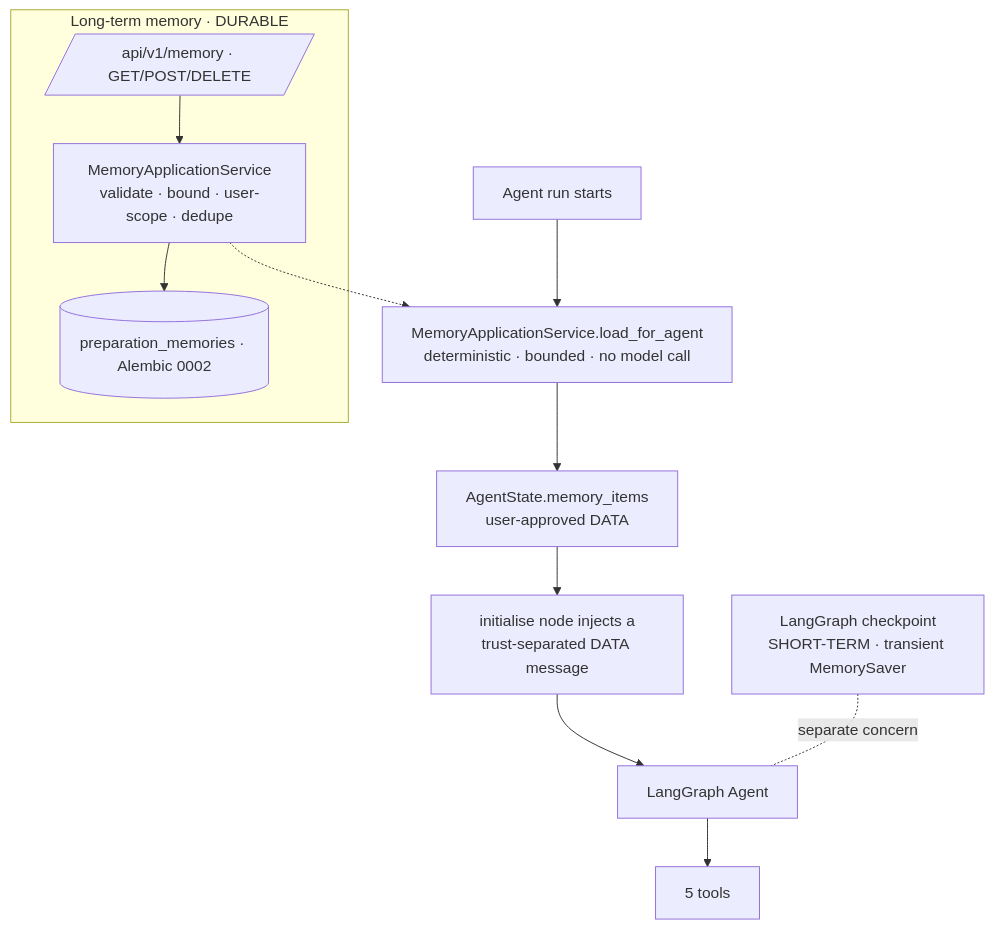
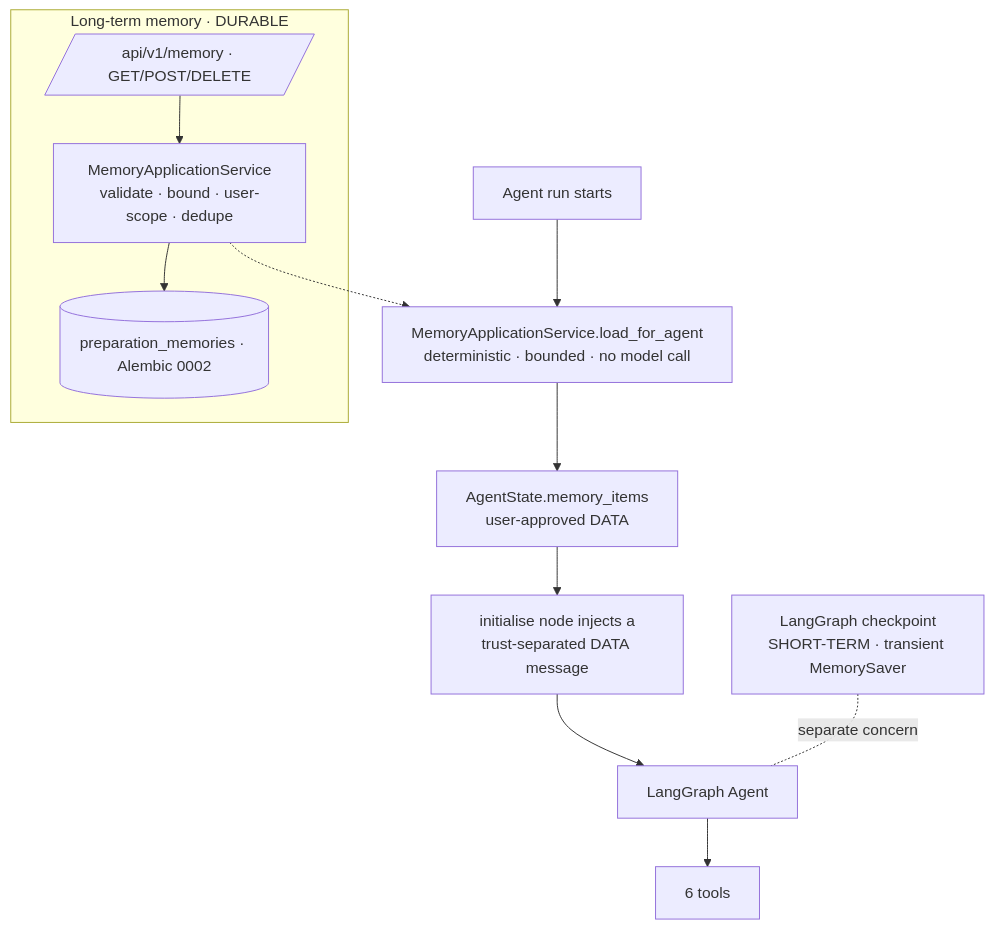
The tenth of 12 diagrams in docs/sprint4_architecture.md (moaltamimi-unbiasedtalent/Intelligent-Interview-Coach), drawn with Mermaid before and after one commit. The commit also changed 2 other files, not shown here.

Commit message:
docs: correct stale 5-tool references to 6 (Phase 7F ResearchCurrentMarket)
Three reviewer-facing docs still described the candidate Agent as having 5
registered tools; Phase 7F added ResearchCurrentMarket as the 6th bounded tool.
Corrected the current-state claims so reviewer documentation matches the
registry (6 career tools + 2 HITL action tools, verified programmatically).
No behaviour change.

````diff
--- a/docs/sprint4_architecture.md
+++ b/docs/sprint4_architecture.md
@@ -595,16 +595,16 @@
 ```mermaid
 flowchart TD
     subgraph LT[Long-term memory · DURABLE]
       DB[(preparation_memories · Alembic 0002)]
       API[/api/v1/memory · GET/POST/DELETE/]
       MS[MemoryApplicationService<br/>validate · bound · user-scope · dedupe]
       API --> MS --> DB
     end
     RUN[Agent run starts] --> LOAD[MemoryApplicationService.load_for_agent<br/>deterministic · bounded · no model call]
     MS -.-> LOAD
     LOAD --> STATE[AgentState.memory_items<br/>user-approved DATA]
     STATE --> INIT[initialise node injects a<br/>trust-separated DATA message]
     INIT --> AGENT[LangGraph Agent]
-    AGENT --> TOOLS[5 tools]
+    AGENT --> TOOLS[6 tools]
     CP[LangGraph checkpoint<br/>SHORT-TERM · transient MemorySaver] -.separate concern.- AGENT
 ```
````
